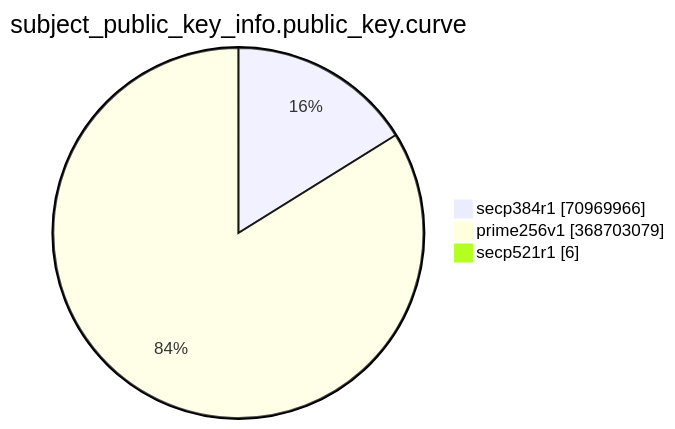
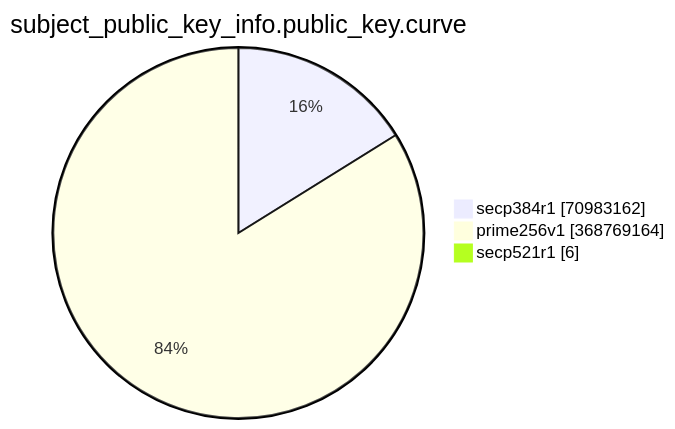
The eighth of 15 diagrams in TOTAL/README.md (christiankrug/ctmonitor_visualization), drawn with Mermaid before and after one commit. The commit also changed other lines of this file, not shown here.

````diff
--- a/TOTAL/README.md
+++ b/TOTAL/README.md
@@ -3094,7 +3094,7 @@
 ```mermaid
 pie showData
 title subject_public_key_info.public_key.curve
-"secp384r1" :70969966
-"prime256v1" :368703079
+"secp384r1" :70983162
+"prime256v1" :368769164
 "secp521r1" :6
 ```
````
